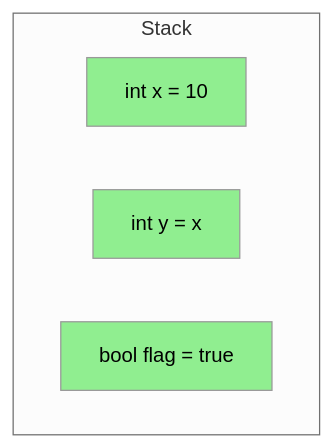
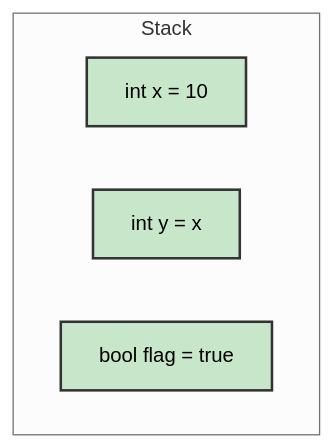
Before and after one commit to NguyenPhamCode4You/ai-home-lab-docker-compose: the third of 12 diagrams in C# fundamentals/day01-type-system.md, drawn with Mermaid (neutral theme). The commit also changed other lines of this file and 10 other files, not shown here.

````diff
--- a/C# fundamentals/day01-type-system.md
+++ b/C# fundamentals/day01-type-system.md
@@ -76,12 +82,12 @@
 ```mermaid
 graph TB
     subgraph Stack
         A[int x = 10]
         B[int y = x]
         C[bool flag = true]
     end
 
-    style A fill:#90EE90
-    style B fill:#90EE90
-    style C fill:#90EE90
+    style A fill:#c8e6c9,stroke:#333,stroke-width:2px
+    style B fill:#c8e6c9,stroke:#333,stroke-width:2px
+    style C fill:#c8e6c9,stroke:#333,stroke-width:2px
 ```
````
